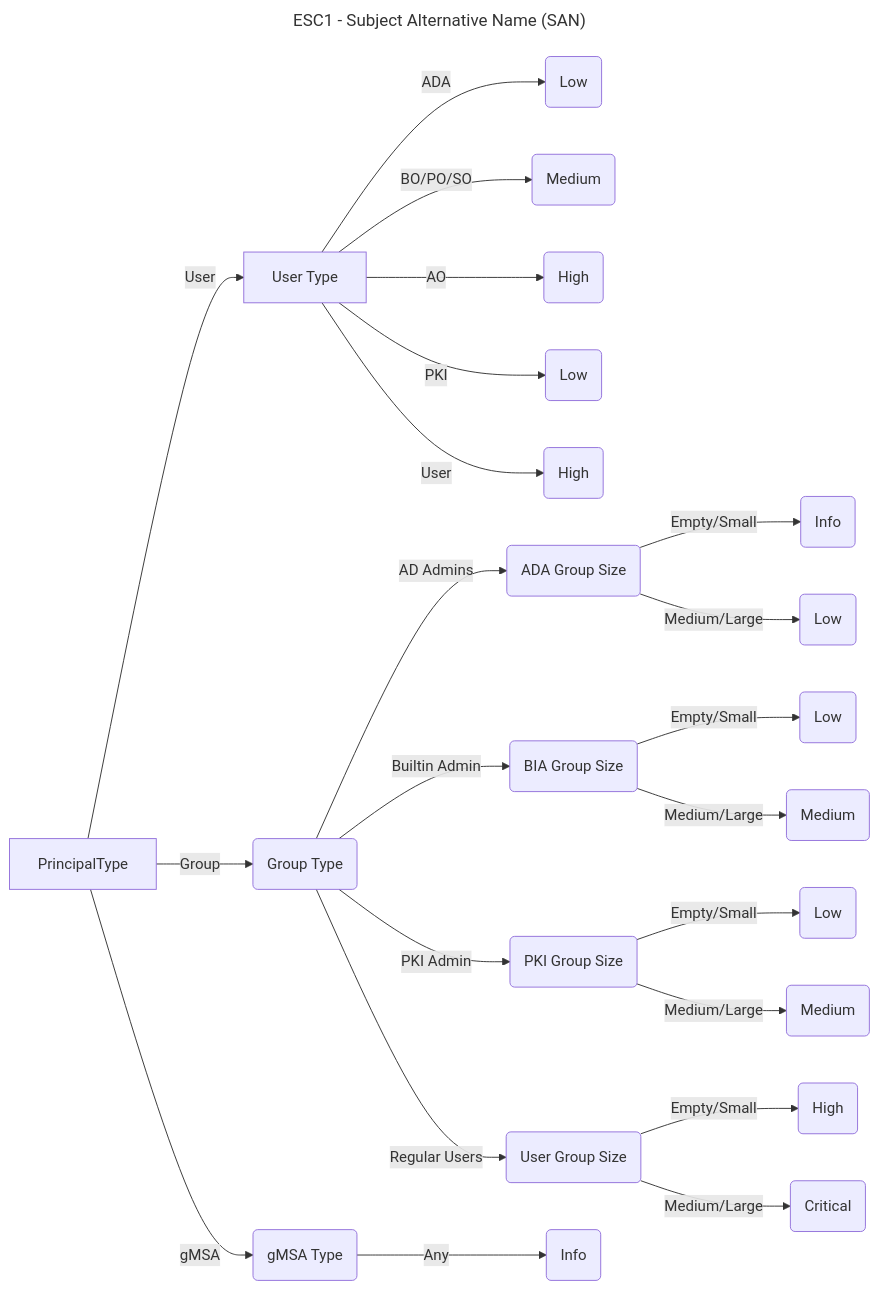
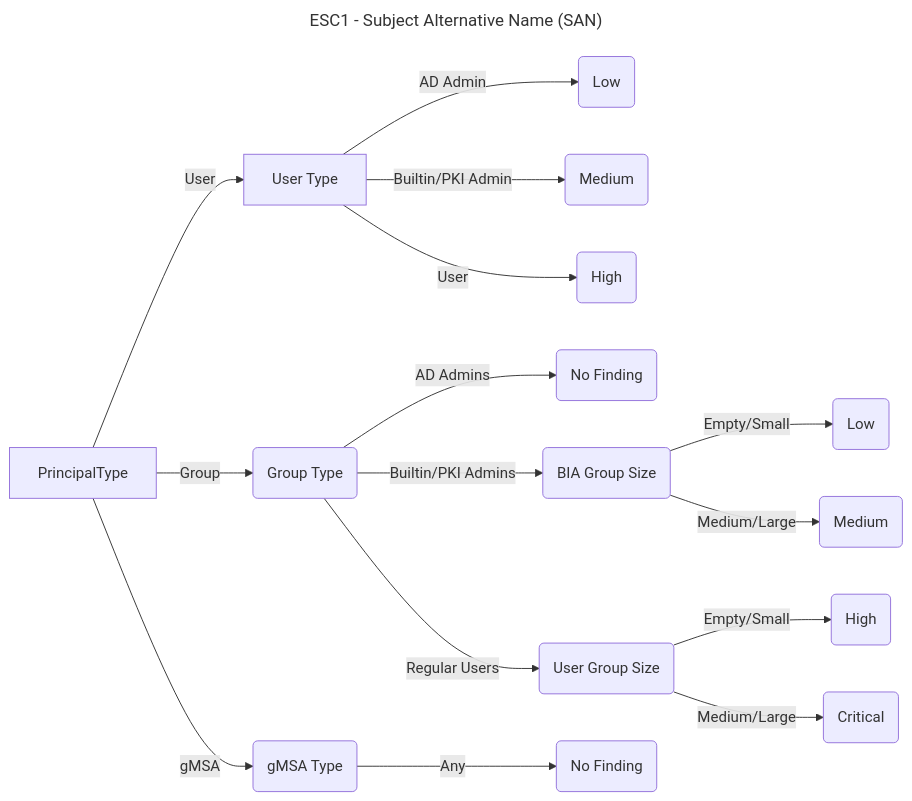
Before and after one commit to TrimarcJake/Locksmith: the diagram in Graphics/ESC1.md, drawn with Mermaid. The commit also changed 7 other files, not shown here.

````diff
--- a/Graphics/ESC1.md
+++ b/Graphics/ESC1.md
@@ -1,27 +1,20 @@
 ```mermaid
 ---
 title: ESC1 - Subject Alternative Name (SAN)
 ---
 flowchart LR
     PrincipalType -->|User| UserType["User Type"];
-            UserType -- ADA --> ADAUPriority(Low);
-            UserType -- BO/PO/SO --> BIAUPriority(Medium);
-            UserType -- AO --> AOUPriority(High);
-            UserType -- PKI --> PKIAUPriority(Low);
+            UserType -- AD Admin --> ADAUPriority(Low);
+            UserType -- Builtin/PKI Admin --> BIAUPriority(Medium);
             UserType -- User --> UserPriority(High);
     PrincipalType -->|Group| GroupType("Group Type");
-            GroupType -- AD Admins --> ADASize(ADA Group Size);
-                ADASize -- Empty/Small --> ADAEGPriority(Info);
-                ADASize -- Medium/Large --> ADAMGPriority(Low);
-            GroupType -- Builtin Admin --> BIASize(BIA Group Size);
+            GroupType -- AD Admins --> ADASize(No Finding);
+            GroupType -- Builtin/PKI Admins --> BIASize(BIA Group Size);
                 BIASize -- Empty/Small --> BIAEGPriority(Low);
                 BIASize -- Medium/Large --> BIAMGPriority(Medium);
-            GroupType -- PKI Admin --> PKIASize(PKI Group Size);
-                PKIASize -- Empty/Small --> PKIAEGPriority(Low);
-                PKIASize -- Medium/Large --> PKIAMGPriority(Medium);
             GroupType -- Regular Users --> UsersSize(User Group Size);
                 UsersSize -- Empty/Small --> UsersEGPriority(High);
                 UsersSize -- Medium/Large --> UsersMGPriority(Critical);
     PrincipalType -->|gMSA| gMSAType(gMSA Type);
-            gMSAType -- Any --> gMSAPriority(Info);
+            gMSAType -- Any --> gMSAPriority(No Finding);
 ```
````
